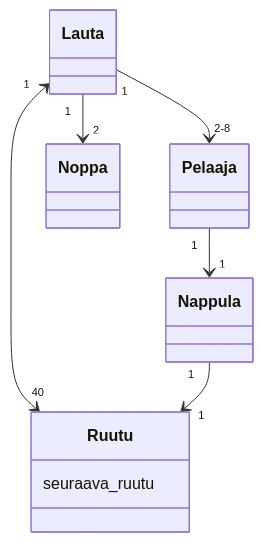
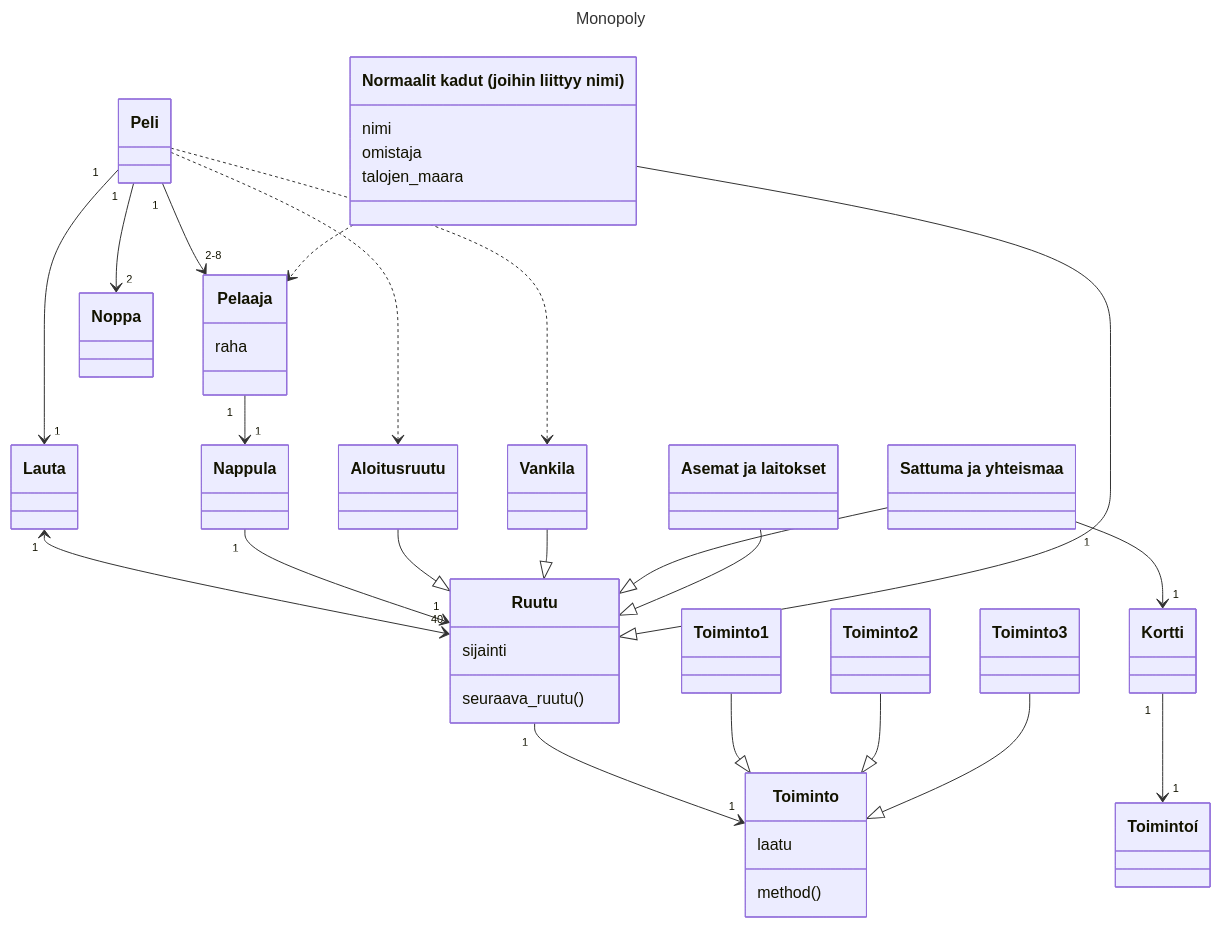
One commit to tomjtoth/ot-harjoitustyo changed the diagram in laskarit/viikko3/monopoly.md. Above: the diagram before and after it, drawn with Mermaid.

Commit message:
laajennettu Monopoly

````diff
--- a/laskarit/viikko3/monopoly.md
+++ b/laskarit/viikko3/monopoly.md
@@ -1,11 +1,57 @@
 ```mermaid
+---
+title: Monopoly
+---
 classDiagram
-    Lauta "1" --> "2-8" Pelaaja
-    Lauta "1" --> "2" Noppa
+    Peli "1" --> "2-8" Pelaaja
+    Peli "1" --> "2" Noppa
+    Peli "1" --> "1" Lauta
     Lauta "1" <--> "40" Ruutu
     Pelaaja "1" --> "1" Nappula
     Nappula "1" --> "1" Ruutu
+    Ruutu "1" --> "1" Toiminto
     class Ruutu {
-        seuraava_ruutu
+        seuraava_ruutu()
+        sijainti
     }
+    class Toiminto {
+        laatu
+        method()
+    }
+    class Pelaaja {
+        raha
+    }
+    
+    Aloitusruutu --|> Ruutu
+    Vankila --|> Ruutu
+    id1 --|> Ruutu
+    id2 --|> Ruutu
+    id3 --|> Ruutu
+    
+    class id1["Sattuma ja yhteismaa"]
+    class id2["Asemat ja laitokset"]
+    class id3["Normaalit kadut (joihin liittyy nimi)"] {
+        nimi
+        omistaja
+        talojen_maara
+
+    }
+
+    notes for id3 lalala
+
+    id3 ..> Pelaaja
+
+    %% Monopolipelin täytyy tuntea sekä aloitusruudun että vankilan sijainti.
+    Peli ..> Vankila
+    Peli ..> Aloitusruutu
+    
+    %% Sattuma- ja yhteismaaruutuihin liittyy kortteja, joihin kuhunkin liittyy joku toiminto.
+    id1 "1" --> "1" Kortti
+    Kortti "1" --> "1" Toimintoí
+    
+    Toiminto1 --|> Toiminto
+    Toiminto2 --|> Toiminto
+    Toiminto3 --|> Toiminto
+
+     
 ```
````
